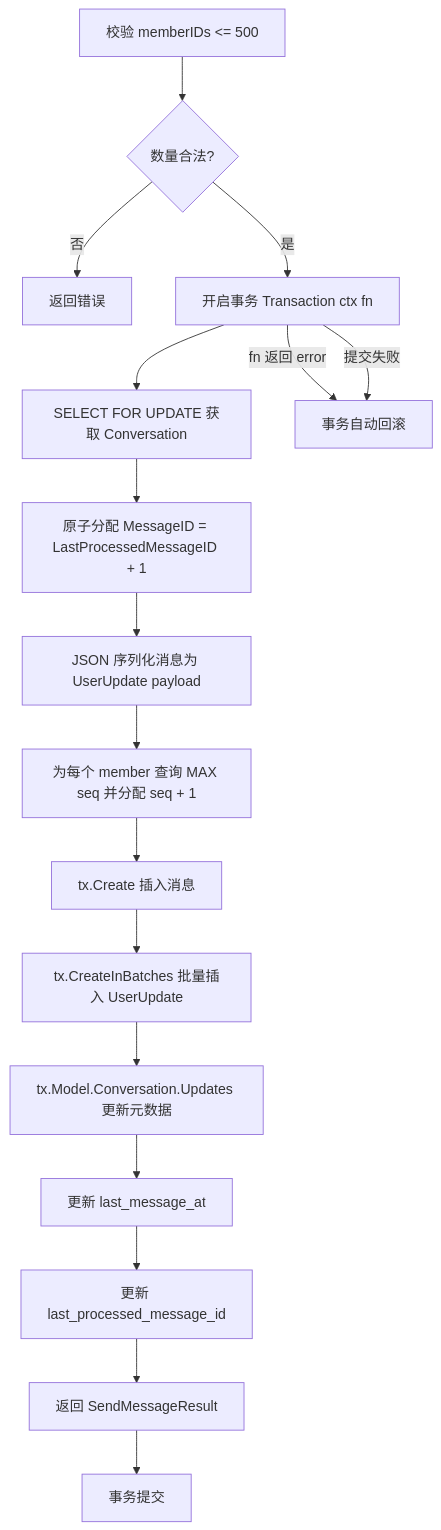
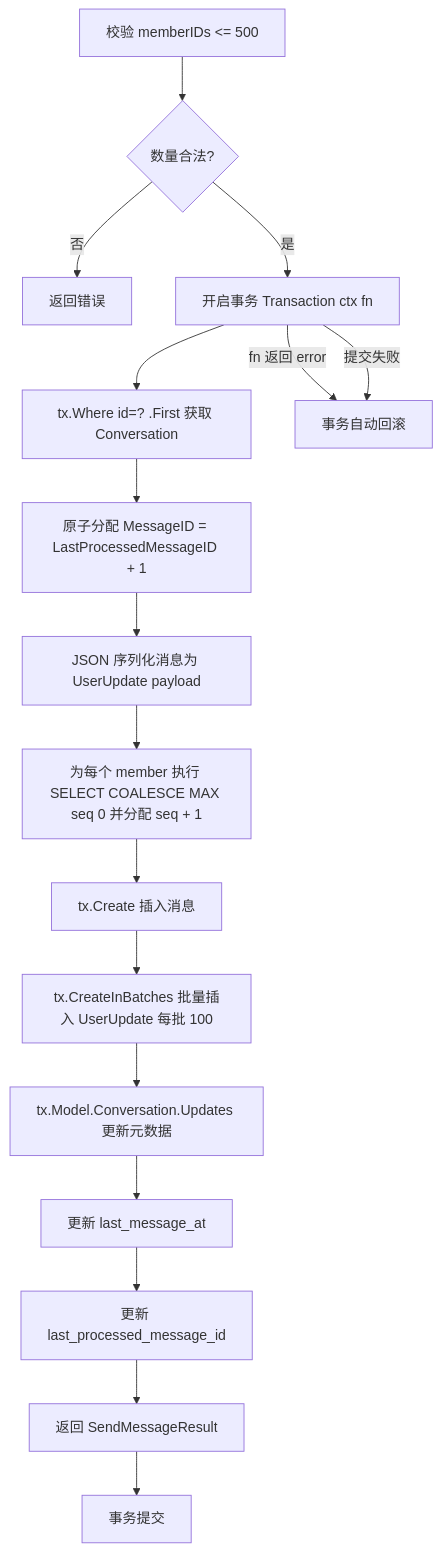
Before and after one commit to PineappleBond/xyncra-server: the seventh of 11 diagrams in wiki/flows/storage.md, drawn with Mermaid. The commit also changed other lines of this file and 21 other files, not shown here.

First line of the commit message:
docs(wiki): fix accuracy and completeness issues across all flow documents

````diff
--- a/wiki/flows/storage.md
+++ b/wiki/flows/storage.md
@@ -342,19 +445,19 @@
 ```mermaid
 flowchart TD
     A[校验 memberIDs <= 500] --> B{数量合法?}
     B -->|否| C[返回错误]
     B -->|是| D[开启事务 Transaction ctx fn]
-    D --> E[SELECT FOR UPDATE 获取 Conversation]
+    D --> E[tx.Where id=? .First 获取 Conversation]
     E --> F[原子分配 MessageID = LastProcessedMessageID + 1]
     F --> G[JSON 序列化消息为 UserUpdate payload]
-    G --> H[为每个 member 查询 MAX seq 并分配 seq + 1]
+    G --> H[为每个 member 执行 SELECT COALESCE MAX seq 0 并分配 seq + 1]
     H --> I[tx.Create 插入消息]
-    I --> J[tx.CreateInBatches 批量插入 UserUpdate]
+    I --> J[tx.CreateInBatches 批量插入 UserUpdate 每批 100]
     J --> K[tx.Model.Conversation.Updates 更新元数据]
     K --> L[更新 last_message_at]
     L --> M[更新 last_processed_message_id]
     M --> N[返回 SendMessageResult]
     N --> O[事务提交]
     D -->|fn 返回 error| P[事务自动回滚]
     D -->|提交失败| P
 ```
````
